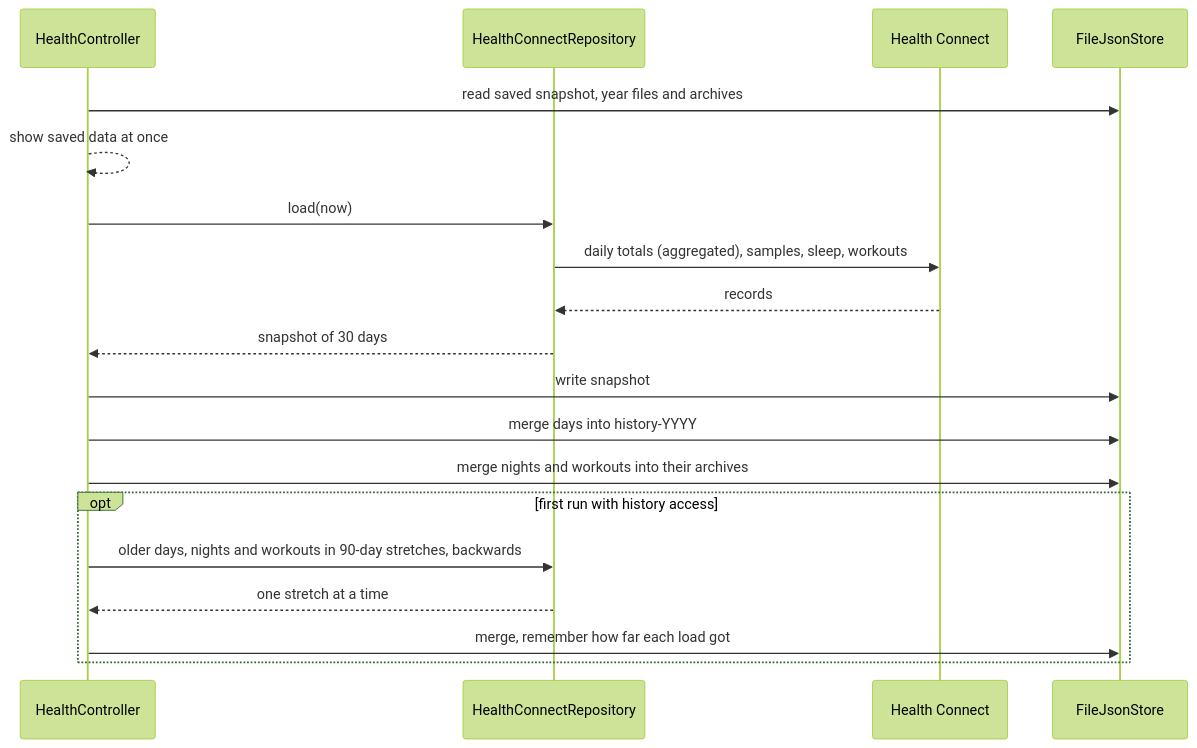
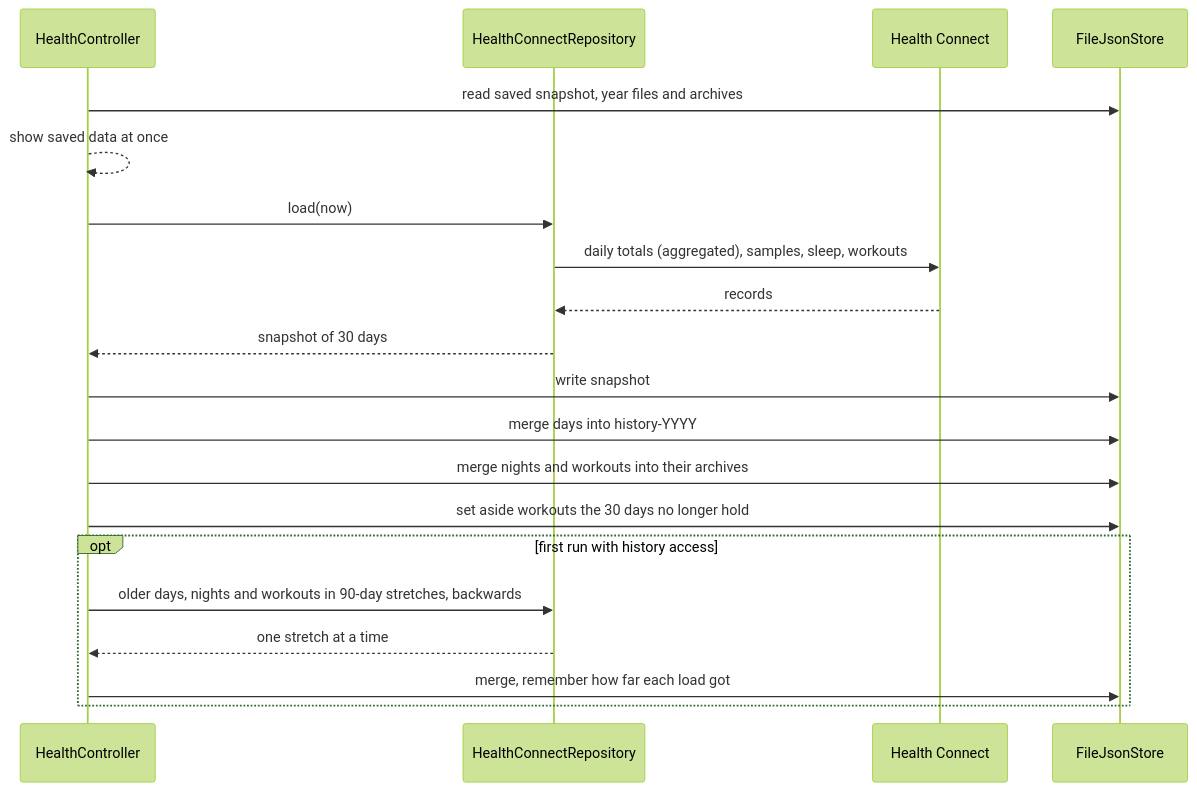
The second of 2 diagrams in README.md (tomsliikee/pulse), drawn with Mermaid (forest theme) before and after one commit. The commit also changed other lines of this file and 14 other files, not shown here.

````diff
--- a/README.md
+++ b/README.md
@@ -354,22 +356,23 @@
 ```mermaid
 sequenceDiagram
     participant App as HealthController
     participant Repo as HealthConnectRepository
     participant HC as Health Connect
     participant Disk as FileJsonStore
 
     App->>Disk: read saved snapshot, year files and archives
     App-->>App: show saved data at once
     App->>Repo: load(now)
     Repo->>HC: daily totals (aggregated), samples, sleep, workouts
     HC-->>Repo: records
     Repo-->>App: snapshot of 30 days
     App->>Disk: write snapshot
     App->>Disk: merge days into history-YYYY
     App->>Disk: merge nights and workouts into their archives
+    App->>Disk: set aside workouts the 30 days no longer hold
     opt first run with history access
         App->>Repo: older days, nights and workouts in 90-day stretches, backwards
         Repo-->>App: one stretch at a time
         App->>Disk: merge, remember how far each load got
     end
 ```
````
